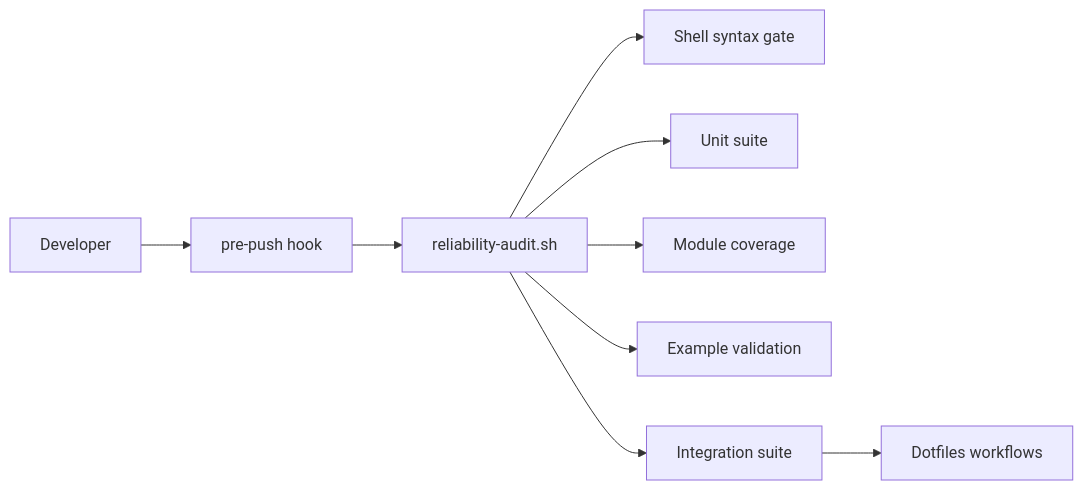
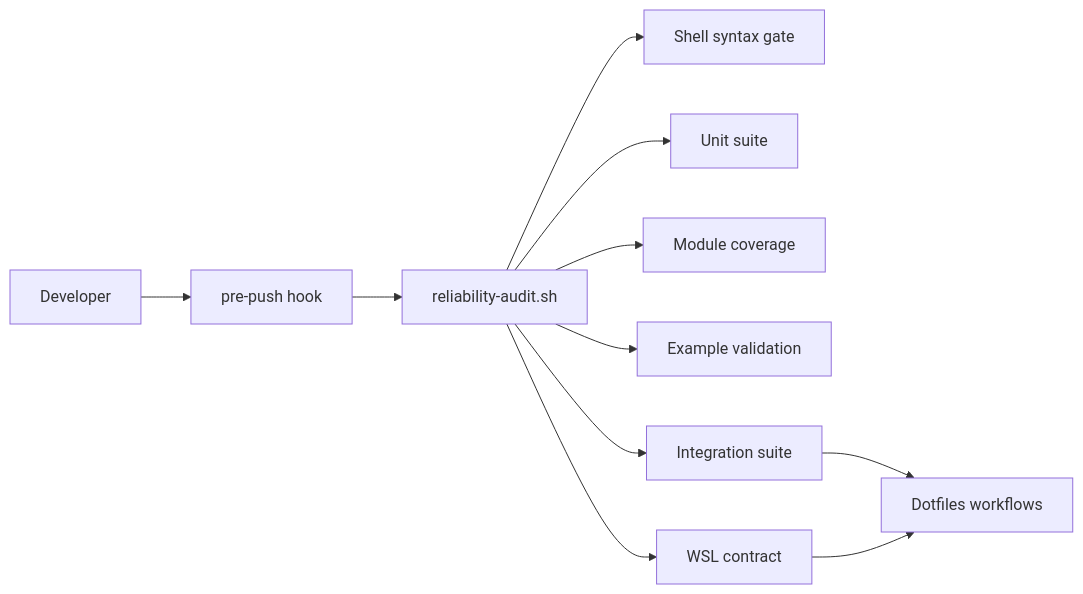
Before and after one commit to sebastienrousseau/dotfiles: the first of 2 diagrams in docs/operations/RELIABILITY.md, drawn with Mermaid. The commit also changed other lines of this file and 8 other files, not shown here.

````diff
--- a/docs/operations/RELIABILITY.md
+++ b/docs/operations/RELIABILITY.md
@@ -20,11 +20,13 @@
 ```mermaid
 flowchart LR
   Dev[Developer] --> Hook[pre-push hook]
   Hook --> Audit[reliability-audit.sh]
   Audit --> Syntax[Shell syntax gate]
   Audit --> Unit[Unit suite]
   Audit --> Coverage[Module coverage]
   Audit --> Examples[Example validation]
+  Audit --> WSL[WSL contract]
   Audit --> Integration[Integration suite]
   Integration --> Repo[Dotfiles workflows]
+  WSL --> Repo
 ```
````
